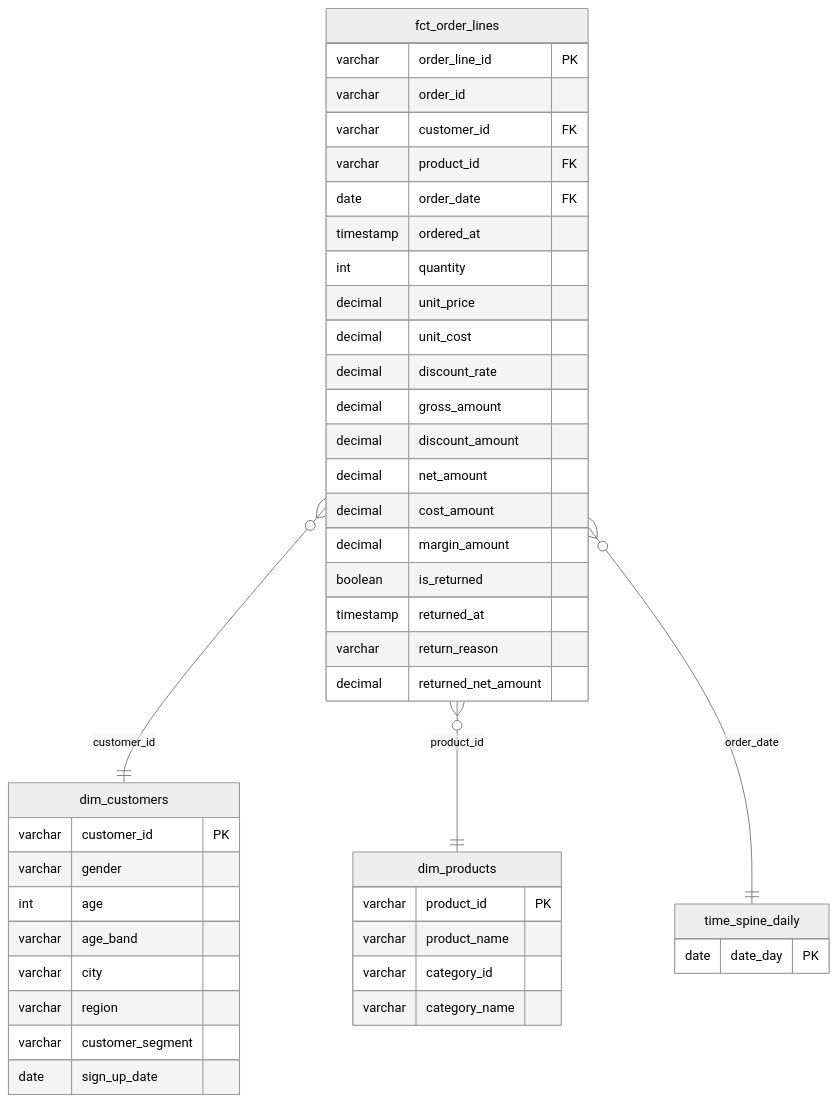
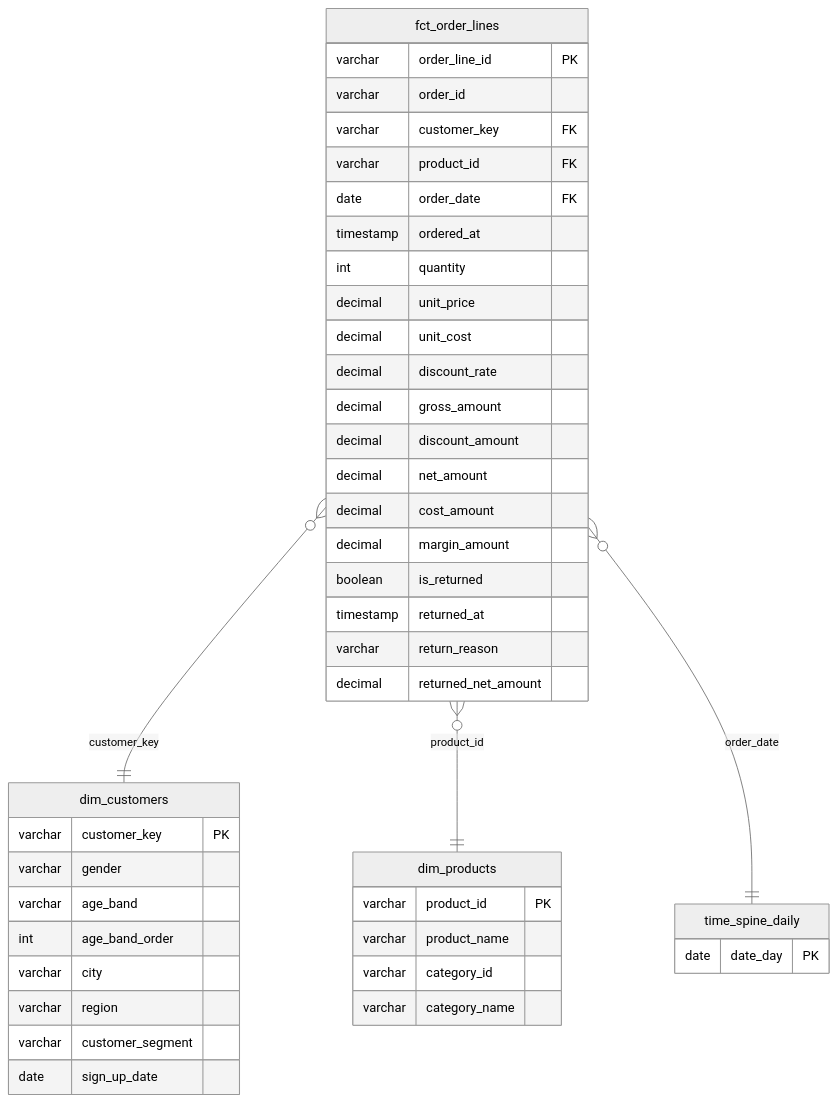
Before and after one commit to John-Miller12/portfolio-dual-target-dbt: the second of 2 diagrams in docs/design/02-dbt-models.md, drawn with Mermaid (neutral theme). The commit also changed other lines of this file, not shown here.

````diff
--- a/docs/design/02-dbt-models.md
+++ b/docs/design/02-dbt-models.md
@@ -153,46 +172,46 @@
 ```mermaid
 erDiagram
-  fct_order_lines }o--|| dim_customers : customer_id
+  fct_order_lines }o--|| dim_customers : customer_key
   fct_order_lines }o--|| dim_products : product_id
   fct_order_lines }o--|| time_spine_daily : order_date
   fct_order_lines {
     varchar order_line_id PK
     varchar order_id
-    varchar customer_id FK
+    varchar customer_key FK
     varchar product_id FK
     date order_date FK
     timestamp ordered_at
     int quantity
     decimal unit_price
     decimal unit_cost
     decimal discount_rate
     decimal gross_amount
     decimal discount_amount
     decimal net_amount
     decimal cost_amount
     decimal margin_amount
     boolean is_returned
     timestamp returned_at
     varchar return_reason
     decimal returned_net_amount
   }
   dim_customers {
-    varchar customer_id PK
+    varchar customer_key PK
     varchar gender
-    int age
     varchar age_band
+    int age_band_order
     varchar city
     varchar region
     varchar customer_segment
     date sign_up_date
   }
   dim_products {
     varchar product_id PK
     varchar product_name
     varchar category_id
     varchar category_name
   }
   time_spine_daily {
     date date_day PK
   }
 ```
````
